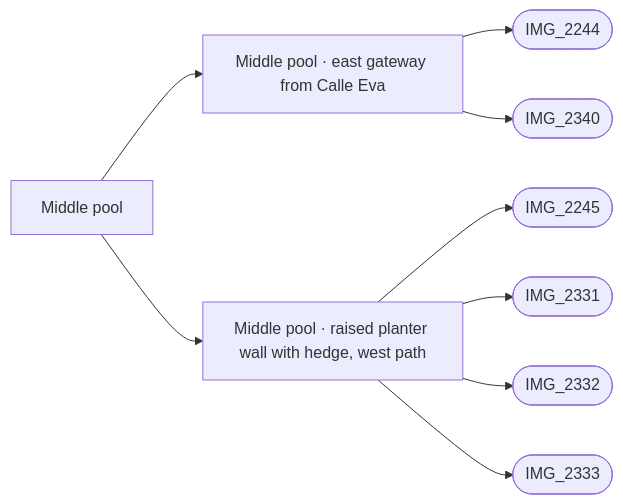
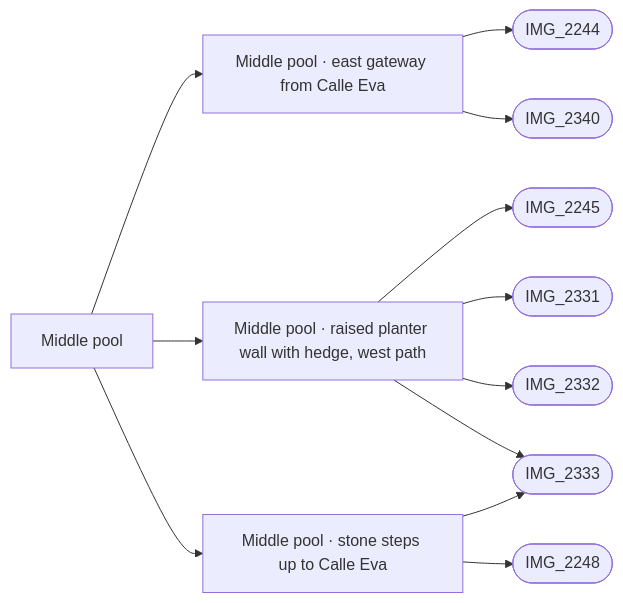
One commit to daveyboyc/villacana-venture changed the diagram in refs/areas/middle-pool.md. Above: the diagram before and after it, drawn with Mermaid. The commit also changed other lines of this file and 23 other files, not shown here.

First line of the commit message:
Middle pool: the west side steps up to the Dalí level, as the photos show

````diff
--- a/refs/areas/middle-pool.md
+++ b/refs/areas/middle-pool.md
@@ -53,12 +53,15 @@
 ```mermaid
 graph LR
   A["Middle pool"]
   A --> F0["Middle pool · east gateway from Calle Eva"]
   F0 --> PIMG_2244_jpg(["IMG_2244"])
   F0 --> PIMG_2340_jpg(["IMG_2340"])
   A --> F1["Middle pool · raised planter wall with hedge, west path"]
   F1 --> PIMG_2245_jpg(["IMG_2245"])
   F1 --> PIMG_2331_jpg(["IMG_2331"])
   F1 --> PIMG_2332_jpg(["IMG_2332"])
   F1 --> PIMG_2333_jpg(["IMG_2333"])
+  A --> F2["Middle pool · stone steps up to Calle Eva"]
+  F2 --> PIMG_2248_jpg(["IMG_2248"])
+  F2 --> PIMG_2333_jpg(["IMG_2333"])
 ```
````
